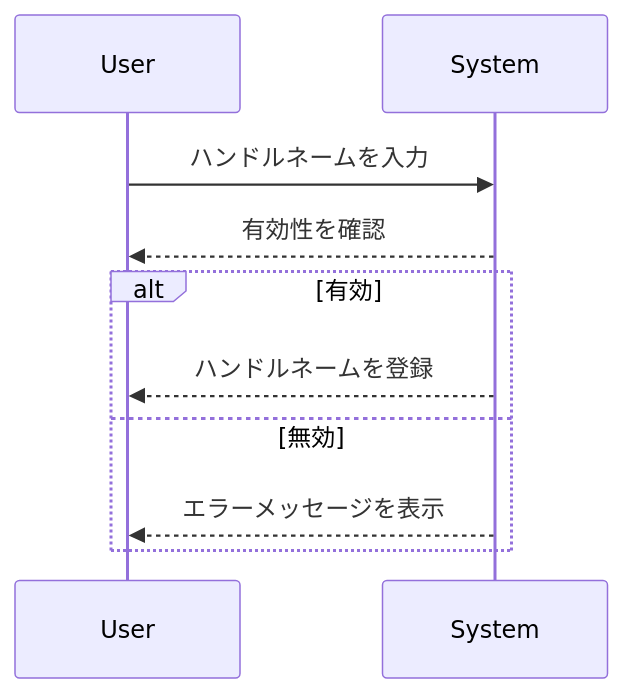
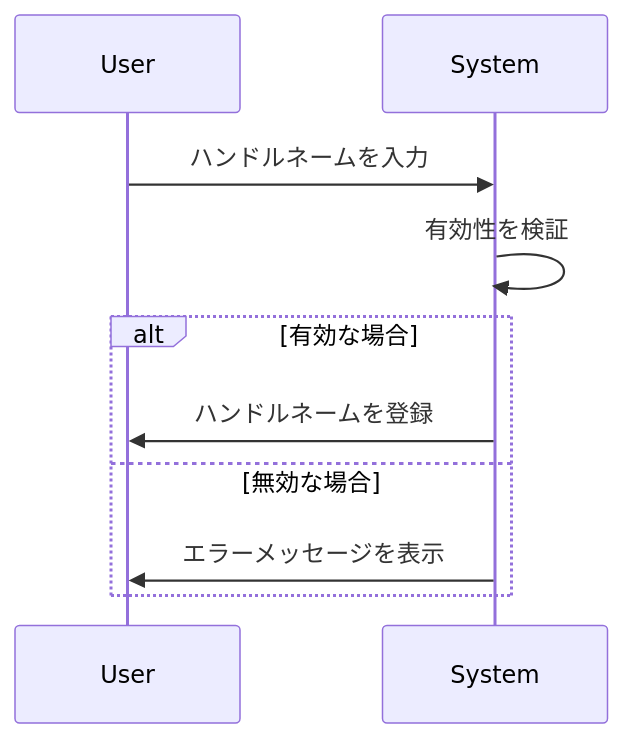
The diagram in .docs/src/ハンドルネーム.md (amata1219/autodoc-test), drawn with Mermaid before and after one commit. The commit also changed other lines of this file and 9 other files, not shown here.

````diff
--- a/.docs/src/ハンドルネーム.md
+++ b/.docs/src/ハンドルネーム.md
@@ -15,12 +15,12 @@
 ```mermaid
 sequenceDiagram
     participant User
     participant System
     User->>System: ハンドルネームを入力
-    System-->>User: 有効性を確認
-    alt 有効
-        System-->>User: ハンドルネームを登録
-    else 無効
-        System-->>User: エラーメッセージを表示
+    System->>System: 有効性を検証
+    alt 有効な場合
+        System->>User: ハンドルネームを登録
+    else 無効な場合
+        System->>User: エラーメッセージを表示
     end
 ```
````
